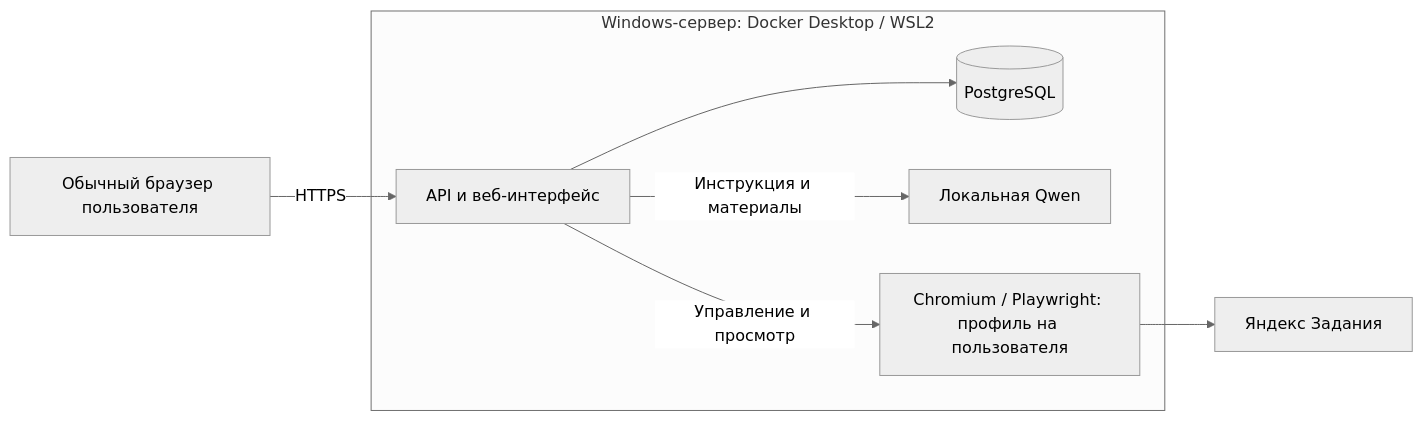
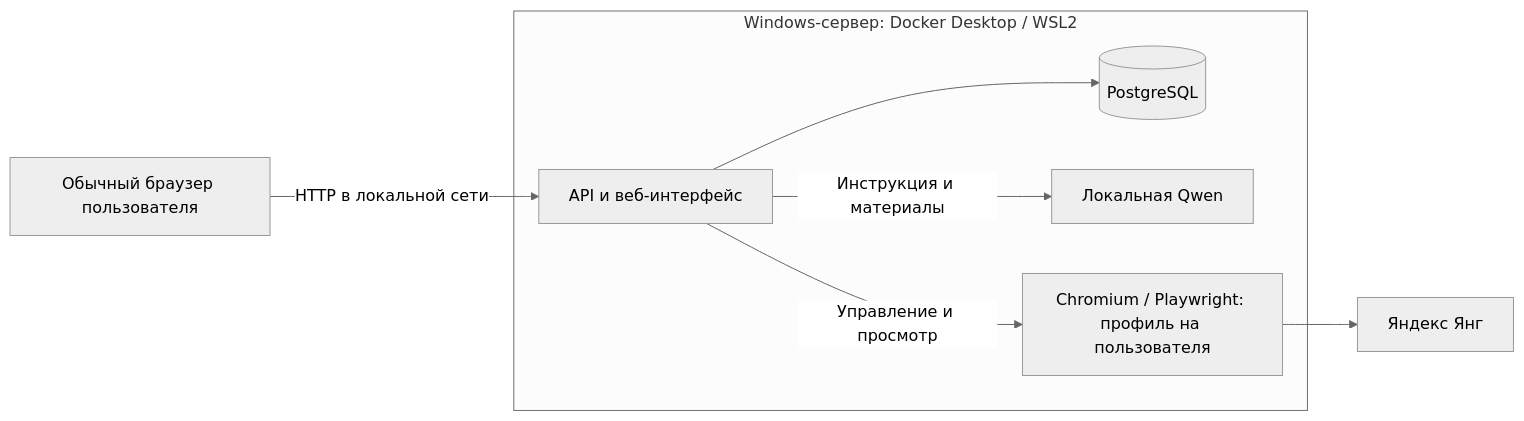
One commit to leslychao/browserskills changed the diagram in README.md. Above: the diagram before and after it, drawn with Mermaid (neutral theme). The commit also changed other lines of this file and 46 other files, not shown here.

````diff
--- a/README.md
+++ b/README.md
@@ -41,10 +43,10 @@
 ```mermaid
 flowchart LR
-    Client[Обычный браузер пользователя] -->|HTTPS| API
+    Client[Обычный браузер пользователя] -->|HTTP в локальной сети| API
     subgraph Server[Windows-сервер: Docker Desktop / WSL2]
         API[API и веб-интерфейс] --> DB[(PostgreSQL)]
         API -->|Инструкция и материалы| Model[Локальная Qwen]
         API -->|Управление и просмотр| Workers[Chromium / Playwright: профиль на пользователя]
     end
-    Workers --> Yandex[Яндекс Задания]
+    Workers --> Yandex[Яндекс Янг]
 ```
````
